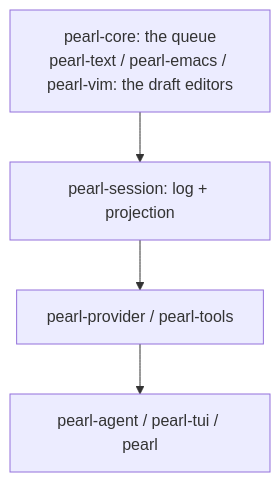
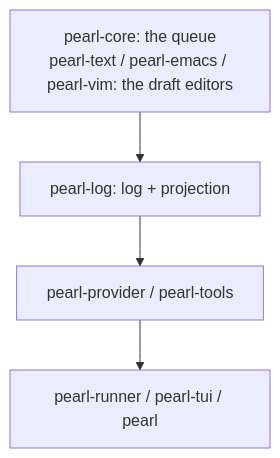
One commit to OverbearingPearl/pearl changed the first of 2 diagrams in README.md. Above: the diagram before and after it, drawn with Mermaid. The commit also changed other lines of this file and 3 other files, not shown here.

First line of the commit message:
Say log and runner on the four pages

````diff
--- a/README.md
+++ b/README.md
@@ -148,6 +148,6 @@
 ```mermaid
 flowchart TD
-    core[pearl-core: the queue<br/>pearl-text / pearl-emacs / pearl-vim: the draft editors] --> session[pearl-session: log + projection]
-    session --> adapters[pearl-provider / pearl-tools]
-    adapters --> product[pearl-agent / pearl-tui / pearl]
+    core[pearl-core: the queue<br/>pearl-text / pearl-emacs / pearl-vim: the draft editors] --> log[pearl-log: log + projection]
+    log --> adapters[pearl-provider / pearl-tools]
+    adapters --> product[pearl-runner / pearl-tui / pearl]
 ```
````
